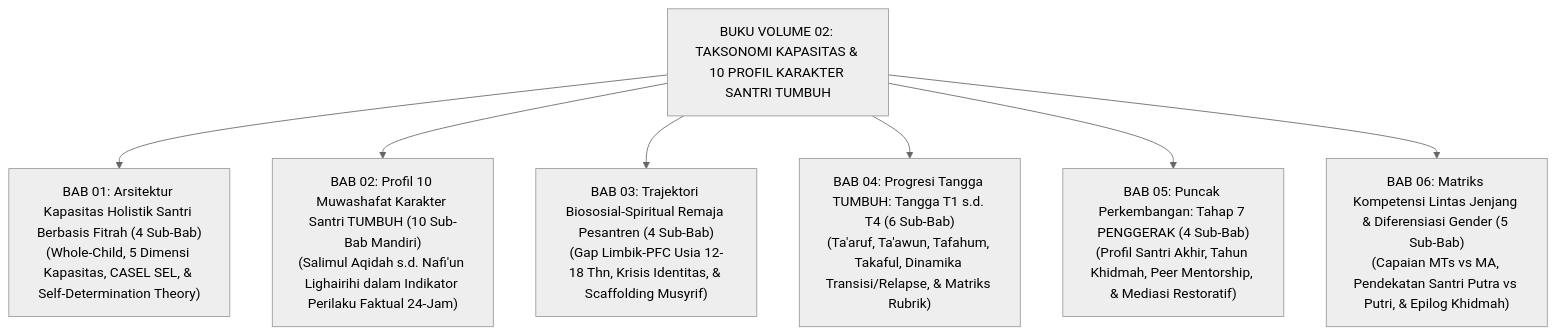
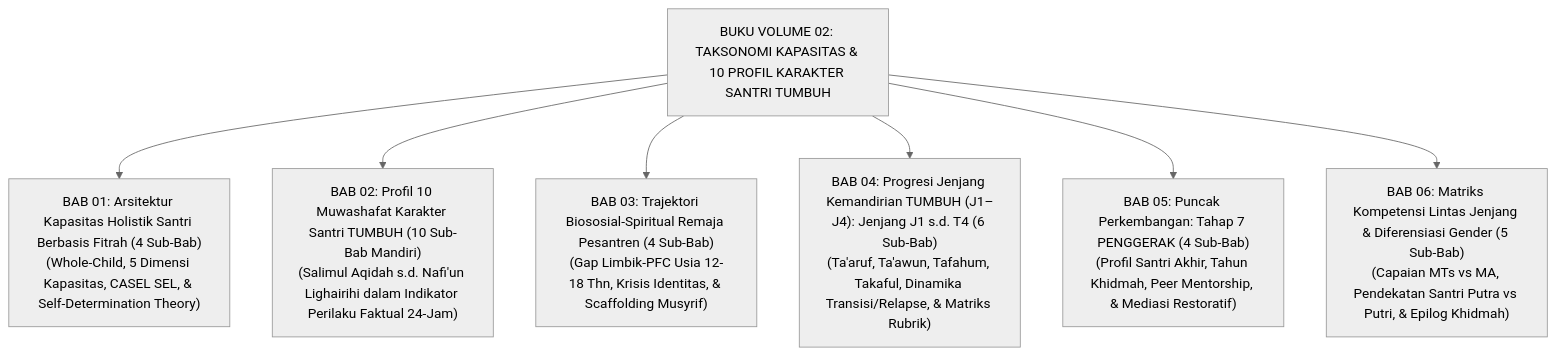
The diagram in BOOK-SERIES/Volume-02/README.md (wandiapriliyandi/tumbuh), drawn with Mermaid (neutral theme) before and after one commit. The commit also changed other lines of this file and 209 other files, not shown here.

````diff
--- a/BOOK-SERIES/Volume-02/README.md
+++ b/BOOK-SERIES/Volume-02/README.md
@@ -27,16 +27,16 @@
 ```mermaid
 graph TD
     Vol2["BUKU VOLUME 02: TAKSONOMI KAPASITAS & 10 PROFIL KARAKTER SANTRI TUMBUH"]
     
     Vol2 --> B1["BAB 01: Arsitektur Kapasitas Holistik Santri Berbasis Fitrah (4 Sub-Bab)<br/>(Whole-Child, 5 Dimensi Kapasitas, CASEL SEL, & Self-Determination Theory)"]
     
     Vol2 --> B2["BAB 02: Profil 10 Muwashafat Karakter Santri TUMBUH (10 Sub-Bab Mandiri)<br/>(Salimul Aqidah s.d. Nafi'un Lighairihi dalam Indikator Perilaku Faktual 24-Jam)"]
     
     Vol2 --> B3["BAB 03: Trajektori Biososial-Spiritual Remaja Pesantren (4 Sub-Bab)<br/>(Gap Limbik-PFC Usia 12-18 Thn, Krisis Identitas, & Scaffolding Musyrif)"]
     
-    Vol2 --> B4["BAB 04: Progresi Tangga TUMBUH: Tangga T1 s.d. T4 (6 Sub-Bab)<br/>(Ta'aruf, Ta'awun, Tafahum, Takaful, Dinamika Transisi/Relapse, & Matriks Rubrik)"]
+    Vol2 --> B4["BAB 04: Progresi Jenjang Kemandirian TUMBUH (J1–J4): Jenjang J1 s.d. T4 (6 Sub-Bab)<br/>(Ta'aruf, Ta'awun, Tafahum, Takaful, Dinamika Transisi/Relapse, & Matriks Rubrik)"]
     
     Vol2 --> B5["BAB 05: Puncak Perkembangan: Tahap 7 PENGGERAK (4 Sub-Bab)<br/>(Profil Santri Akhir, Tahun Khidmah, Peer Mentorship, & Mediasi Restoratif)"]
     
     Vol2 --> B6["BAB 06: Matriks Kompetensi Lintas Jenjang & Diferensiasi Gender (5 Sub-Bab)<br/>(Capaian MTs vs MA, Pendekatan Santri Putra vs Putri, & Epilog Khidmah)"]
 ```
````
